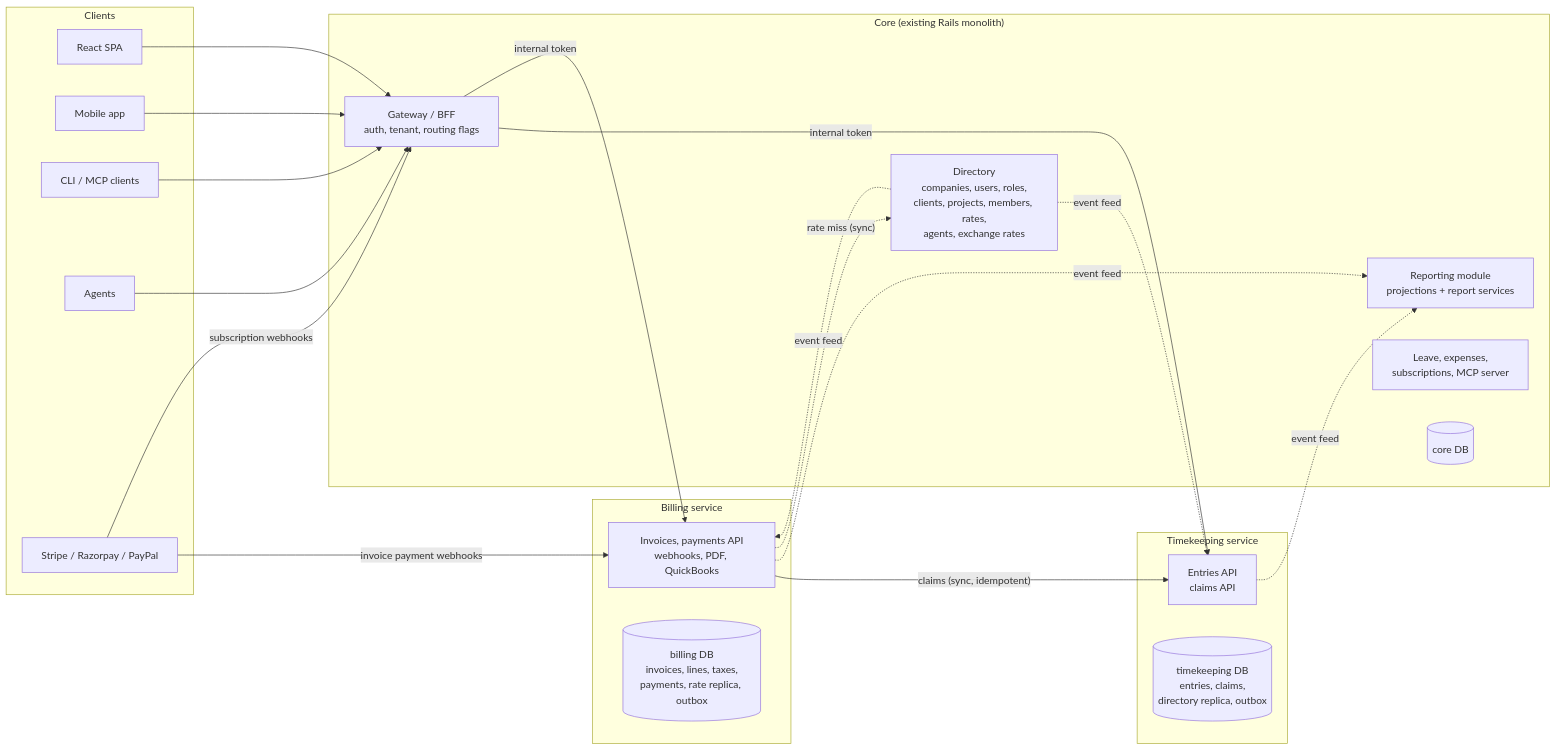
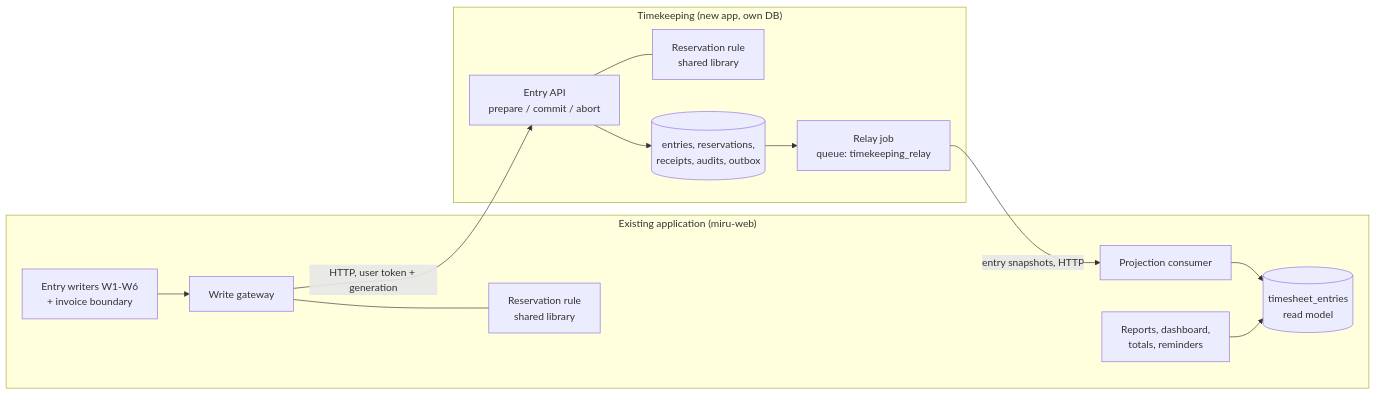
One commit to autnmy-fixtures/miru-raw-claude-r changed the diagram in docs/architecture/timekeeping-soa.md. Above: the diagram before and after it, drawn with Mermaid. The commit also changed other lines of this file, not shown here.

First line of the commit message:
docs: revise Timekeeping design to one extraction and one reservation rule

````diff
--- a/docs/architecture/timekeeping-soa.md
+++ b/docs/architecture/timekeeping-soa.md
@@ -329,40 +272,26 @@
 ```mermaid
 flowchart LR
-  subgraph Clients
-    SPA[React SPA]
-    MOB[Mobile app]
-    CLI[CLI / MCP clients]
-    AGT[Agents]
-    PSP[Stripe / Razorpay / PayPal]
+  subgraph Existing["Existing application (miru-web)"]
+    CTRL[Entry writers W1-W6<br/>+ invoice boundary]
+    GW[Write gateway]
+    RULE1[Reservation rule<br/>shared library]
+    PROJ[Projection consumer]
+    TE[(timesheet_entries<br/>read model)]
+    READ[Reports, dashboard,<br/>totals, reminders]
   end
-
-  subgraph Core["Core (existing Rails monolith)"]
-    GW[Gateway / BFF<br/>auth, tenant, routing flags]
-    DIR[Directory<br/>companies, users, roles,<br/>clients, projects, members, rates,<br/>agents, exchange rates]
-    RPT[Reporting module<br/>projections + report services]
-    OTHER[Leave, expenses,<br/>subscriptions, MCP server]
-    CDB[(core DB)]
+  subgraph TK["Timekeeping (new app, own DB)"]
+    API[Entry API<br/>prepare / commit / abort]
+    RULE2[Reservation rule<br/>shared library]
+    TDB[(entries, reservations,<br/>receipts, audits, outbox)]
+    RELAY[Relay job<br/>queue: timekeeping_relay]
   end
-
-  subgraph TK["Timekeeping service"]
-    TKAPI[Entries API<br/>claims API]
-    TKDB[(timekeeping DB<br/>entries, claims,<br/>directory replica, outbox)]
-  end
-
-  subgraph BL["Billing service"]
-    BLAPI[Invoices, payments API<br/>webhooks, PDF, QuickBooks]
-    BLDB[(billing DB<br/>invoices, lines, taxes,<br/>payments, rate replica, outbox)]
-  end
-
-  SPA & MOB & CLI & AGT --> GW
-  PSP -- invoice payment webhooks --> BLAPI
-  PSP -- subscription webhooks --> GW
-  GW -- "internal token" --> TKAPI
-  GW -- "internal token" --> BLAPI
-  BLAPI -- "claims (sync, idempotent)" --> TKAPI
-  TKAPI -. event feed .-> RPT
-  BLAPI -. event feed .-> RPT
-  DIR -. event feed .-> TKAPI
-  DIR -. event feed .-> BLAPI
-  BLAPI -. "rate miss (sync)" .-> DIR
+  CTRL --> GW
+  GW -- "HTTP, user token + generation" --> API
+  API --- RULE2
+  API --> TDB
+  TDB --> RELAY
+  RELAY -- "entry snapshots, HTTP" --> PROJ
+  PROJ --> TE
+  READ --> TE
+  GW --- RULE1
 ```
````
